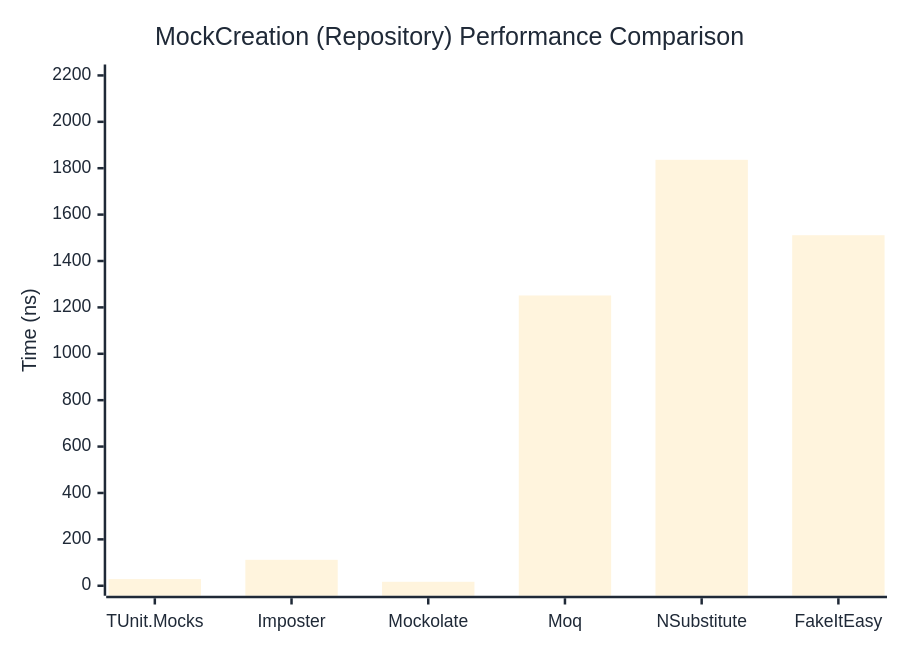
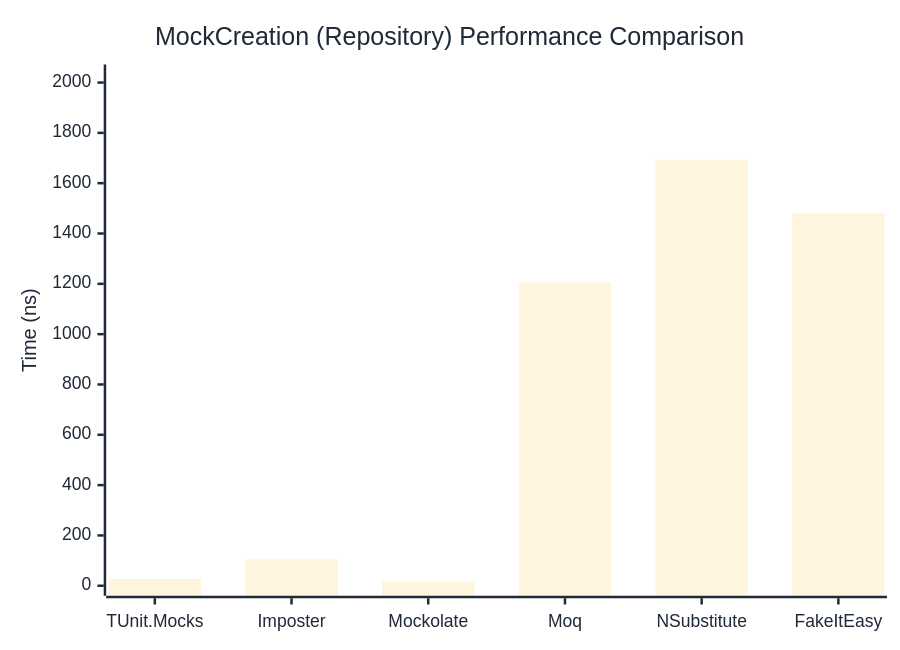
One commit to thomhurst/TUnit changed the second of 2 diagrams in docs/docs/benchmarks/mocks/MockCreation.md. Above: the diagram before and after it, drawn with Mermaid. The commit also changed other lines of this file and 14 other files, not shown here.

````diff
--- a/docs/docs/benchmarks/mocks/MockCreation.md
+++ b/docs/docs/benchmarks/mocks/MockCreation.md
@@ -71,27 +71,27 @@
 ```mermaid
 %%{init: {
   'theme':'base',
   'themeVariables': {
     'primaryColor': '#2563eb',
     'primaryTextColor': '#1f2937',
     'primaryBorderColor': '#1e40af',
     'lineColor': '#6b7280',
     'secondaryColor': '#7c3aed',
     'tertiaryColor': '#dc2626',
     'background': '#ffffff',
     'pie1': '#2563eb',
     'pie2': '#7c3aed',
     'pie3': '#dc2626',
     'pie4': '#f59e0b',
     'pie5': '#10b981',
     'pie6': '#06b6d4',
     'pie7': '#ec4899',
     'pie8': '#6366f1'
   }
 }}%%
 xychart-beta
   title "MockCreation (Repository) Performance Comparison"
   x-axis ["TUnit.Mocks", "Imposter", "Mockolate", "Moq", "NSubstitute", "FakeItEasy"]
-  y-axis "Time (ns)" 0 --> 2204
-  bar [28.6, 111.76, 17.05, 1251.33, 1836.13, 1511.16]
+  y-axis "Time (ns)" 0 --> 2032
+  bar [26.51, 105.22, 16.3, 1205.1, 1693.21, 1480.48]
 ```
````
